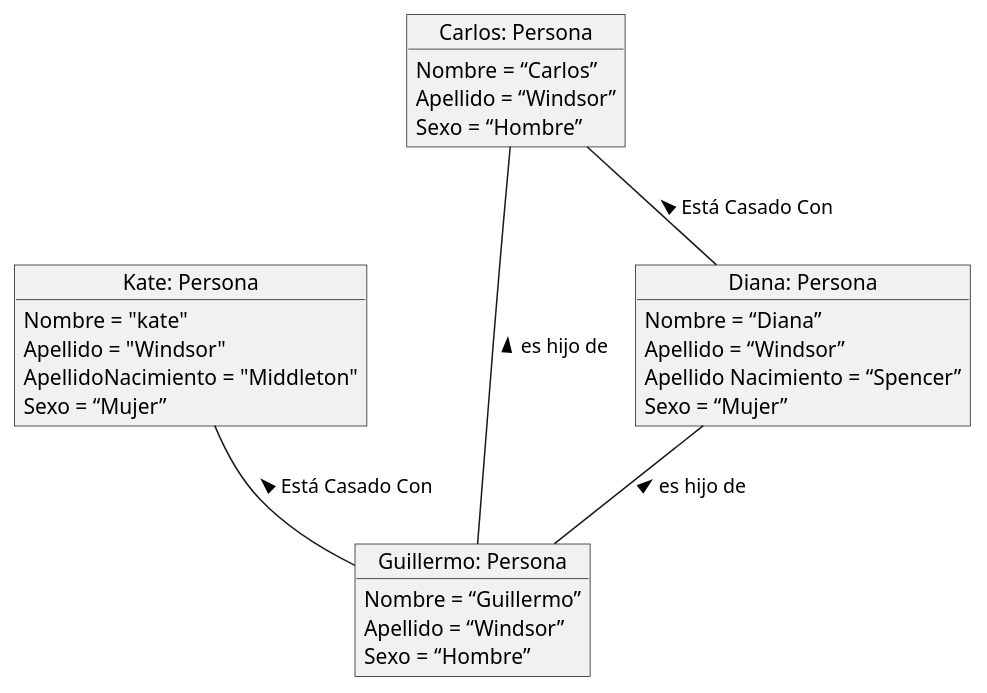
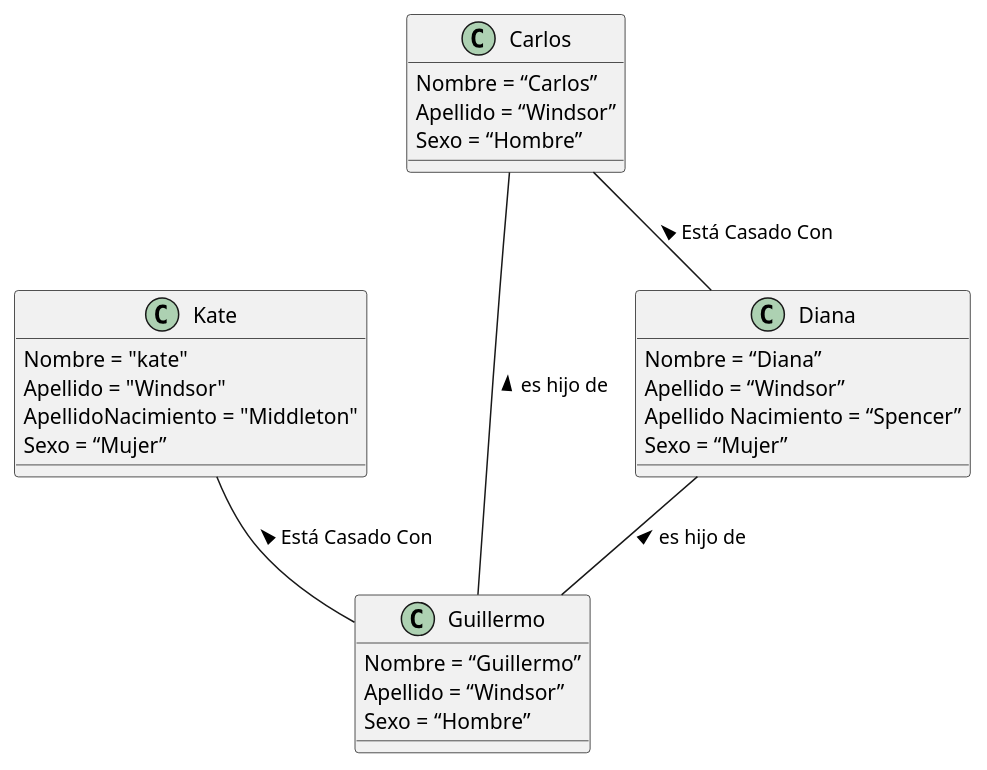
The diagram in PlantUML/Ejercicio02.puml (JorgeCadrecha/Ejercicios_UML), drawn with PlantUML before and after one commit. The commit also changed 1 other file, not shown here.

```diff
--- a/PlantUML/Ejercicio02.puml
+++ b/PlantUML/Ejercicio02.puml
@@ -1,32 +1,30 @@
 @startuml
-object "Kate: Persona" as kate{
-
+class Kate{
     Nombre = "kate"
     Apellido = "Windsor"
     ApellidoNacimiento = "Middleton"
     Sexo = “Mujer”
 }
-object "Guillermo: Persona" as guillermo{
+class Guillermo{
     Nombre = “Guillermo”
     Apellido = “Windsor”
     Sexo = “Hombre”
 }
-object "Diana: Persona" as diana{
-
+class Diana{
     Nombre = “Diana”
     Apellido = “Windsor”
     Apellido Nacimiento = “Spencer”
     Sexo = “Mujer”
 }
-object "Carlos: Persona" as carlos{
+class Carlos{
     Nombre = “Carlos”
     Apellido = “Windsor”
     Sexo = “Hombre”
 
 }
 
-kate -- guillermo:  < Está Casado Con
-diana -- guillermo:  < es hijo de
-carlos -- diana:  < Está Casado Con
-carlos -- guillermo:  < es hijo de
+Kate -- Guillermo:  < Está Casado Con
+Diana -- Guillermo:  < es hijo de
+Carlos -- Diana:  < Está Casado Con
+Carlos -- Guillermo:  < es hijo de
 @enduml
```
